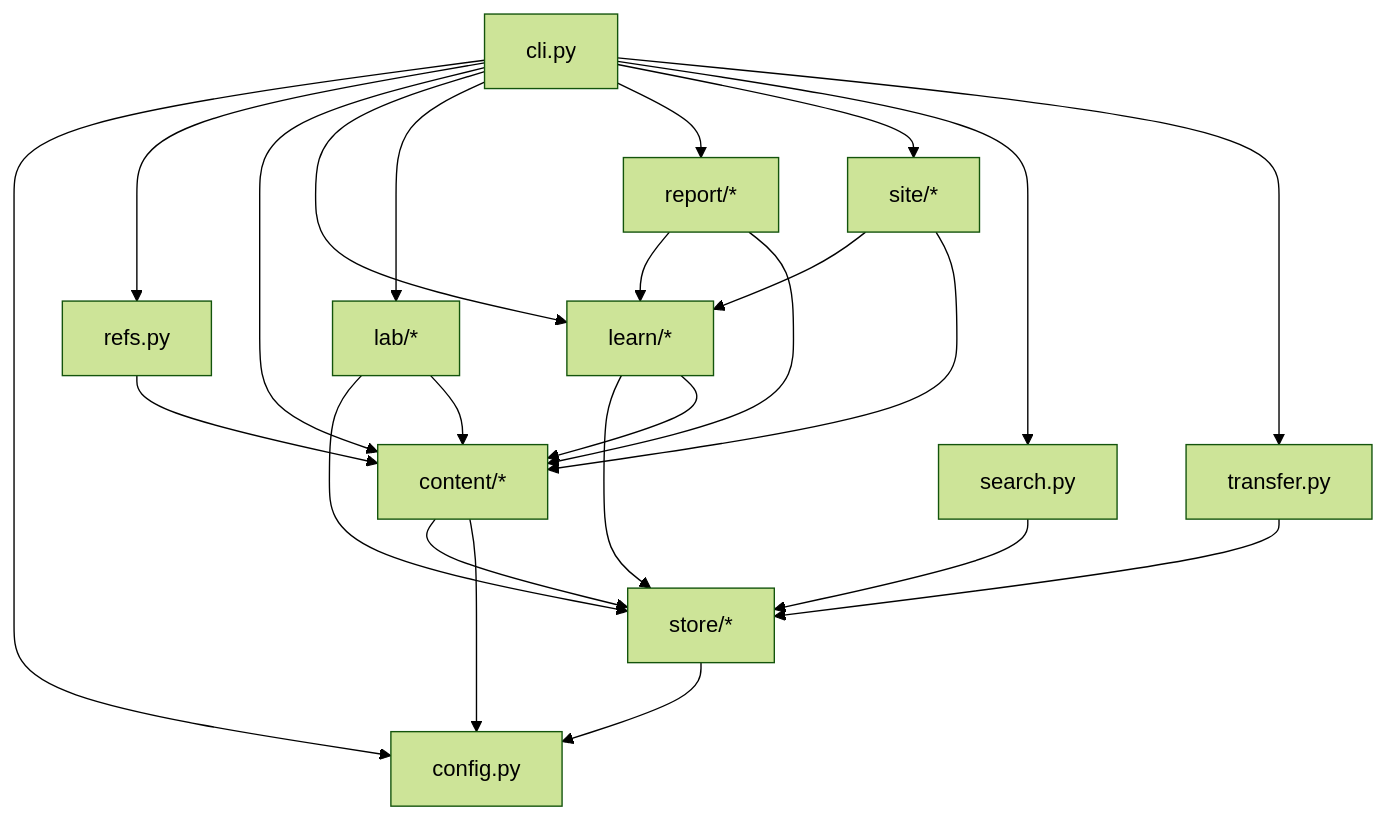
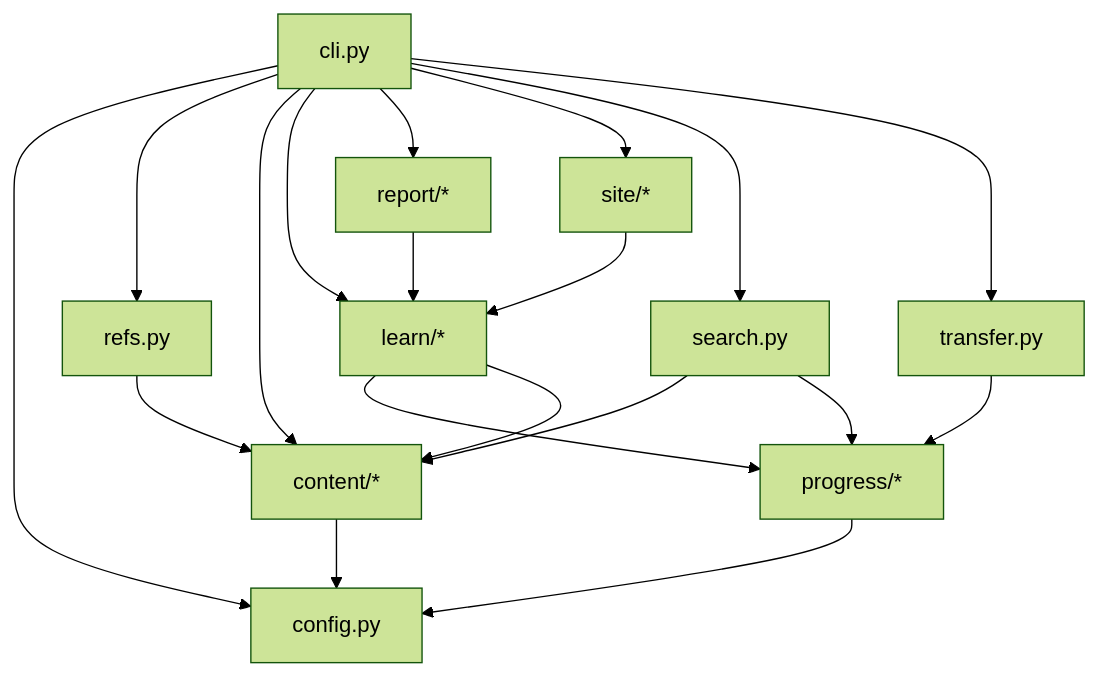
One commit to Lee-Hyeong-Jin/devjinlab_robotics_curriculum changed the second of 2 diagrams in docs/platform-design.md. Above: the diagram before and after it, drawn with Mermaid (forest theme). The commit also changed other lines of this file, not shown here.

Commit message:
docs: platform design v0.3 — single expert course, stages, study plans; drop simulator; align with CONTENT_MODEL and progress/

````diff
--- a/docs/platform-design.md
+++ b/docs/platform-design.md
@@ -923,27 +514,22 @@
 ```mermaid
 flowchart TD
   CLI[cli.py] --> CFG[config.py]
   CLI --> REFS[refs.py]
   CLI --> CONTENT[content/*]
   CLI --> LEARN[learn/*]
-  CLI --> LAB[lab/*]
   CLI --> REPORT[report/*]
   CLI --> SITE[site/*]
   CLI --> SEARCH[search.py]
   CLI --> XFER[transfer.py]
 
   REFS --> CONTENT
-  CONTENT --> STORE[store/*]
-  LEARN --> STORE
+  LEARN --> PROGRESS[progress/*]
   LEARN --> CONTENT
-  LAB --> STORE
-  LAB --> CONTENT
   REPORT --> LEARN
-  REPORT --> CONTENT
   SITE --> LEARN
-  SITE --> CONTENT
-  SEARCH --> STORE
-  XFER --> STORE
-  STORE --> CFG
+  SEARCH --> CONTENT
+  SEARCH --> PROGRESS
+  XFER --> PROGRESS
+  PROGRESS --> CFG
   CONTENT --> CFG
 ```
````
